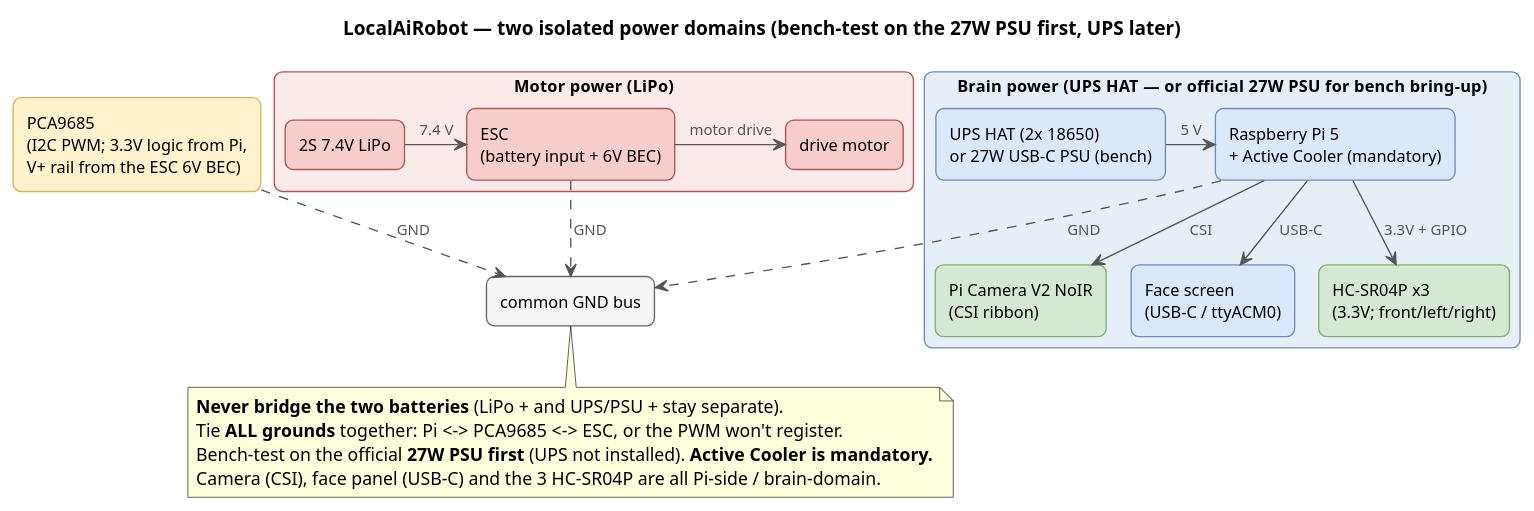
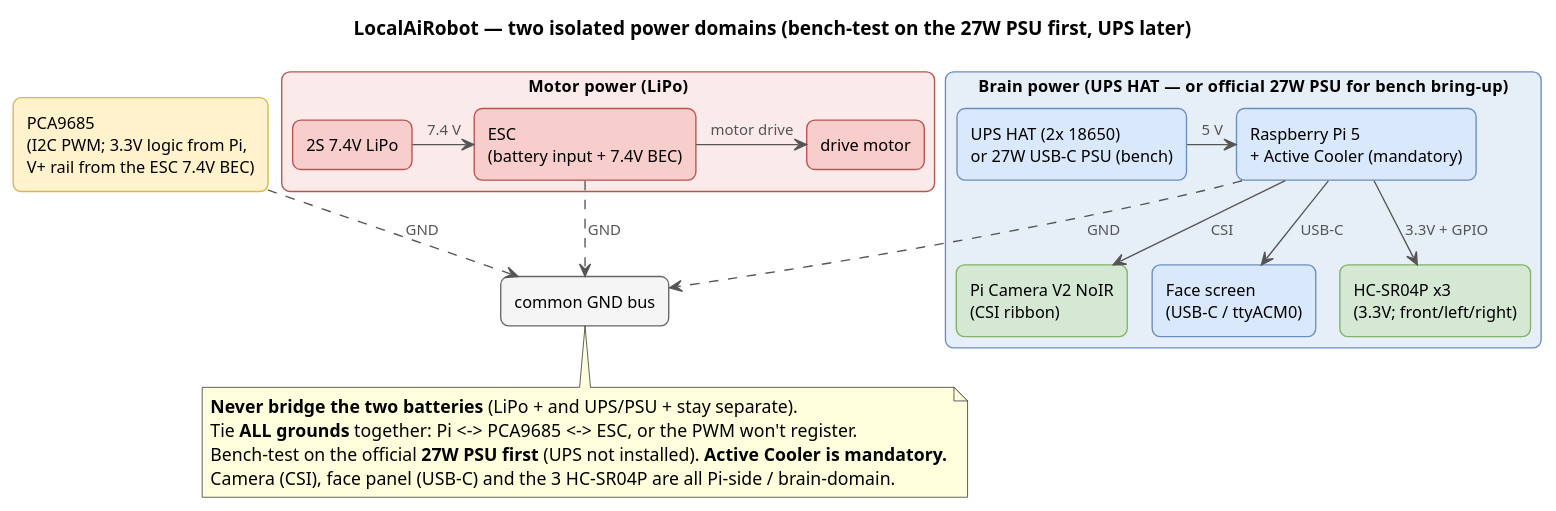
Before and after one commit to shen747/LocalAiRobot: the diagram in docs/images/assembly.puml, drawn with PlantUML. The commit also changed 10 other files, not shown here.

Commit message:
changed the ESC model in documentation

```diff
--- a/docs/images/assembly.puml
+++ b/docs/images/assembly.puml
@@ -1,70 +1,70 @@
 @startuml assembly
 ' LocalAiRobot — two isolated power domains (high-level), now with camera, face & 3-sensor array.
 ' This source lives next to its render. Regenerate in place (writes assembly.png here):
 '   plantuml -tpng docs/images/assembly.puml
 ' No Graphviz needed: !pragma layout smetana uses PlantUML's pure-Java layout engine.
 !pragma layout smetana
 hide stereotype
 title LocalAiRobot — two isolated power domains (bench-test on the 27W PSU first, UPS later)
 
 skinparam backgroundColor white
 skinparam shadowing false
 skinparam defaultFontName Helvetica
 skinparam ArrowColor #555555
 skinparam ArrowFontColor #555555
 skinparam ArrowFontSize 11
 skinparam rectangle {
   RoundCorner 12
   FontSize 12
   BorderThickness 1
   BackgroundColor<<io>> #DAE8FC
   BorderColor<<io>> #6C8EBF
   BackgroundColor<<model>> #FFF2CC
   BorderColor<<model>> #D6B656
   BackgroundColor<<data>> #D5E8D4
   BorderColor<<data>> #82B366
   BackgroundColor<<motor>> #F8CECC
   BorderColor<<motor>> #B85450
   BackgroundColor<<store>> #F5F5F5
   BorderColor<<store>> #666666
   BackgroundColor<<motordomain>> #FBEAEA
   BorderColor<<motordomain>> #B85450
   BackgroundColor<<braindomain>> #E6EEF8
   BorderColor<<braindomain>> #6C8EBF
 }
 
 rectangle "Motor power  (LiPo)" as motorbox <<motordomain>> {
   rectangle "2S 7.4V LiPo" as lipo <<motor>>
-  rectangle "ESC\n(battery input + 6V BEC)" as esc <<motor>>
+  rectangle "ESC\n(battery input + 7.4V BEC)" as esc <<motor>>
   rectangle "drive motor" as motor <<motor>>
 }
 lipo -right-> esc : 7.4 V
 esc -right-> motor : motor drive
 
 rectangle "Brain power  (UPS HAT  —  or official 27W PSU for bench bring-up)" as brainbox <<braindomain>> {
   rectangle "UPS HAT (2x 18650)\nor 27W USB-C PSU (bench)" as ups <<io>>
   rectangle "Raspberry Pi 5\n+ Active Cooler (mandatory)" as pi <<io>>
   rectangle "Pi Camera V2 NoIR\n(CSI ribbon)" as cam <<data>>
   rectangle "Face screen\n(USB-C / ttyACM0)" as face <<io>>
   rectangle "HC-SR04P x3\n(3.3V; front/left/right)" as sonar <<data>>
 }
 ups -right-> pi : 5 V
 pi --> cam : CSI
 pi --> face : USB-C
 pi --> sonar : 3.3V + GPIO
 
-rectangle "PCA9685\n(I2C PWM; 3.3V logic from Pi,\nV+ rail from the ESC 6V BEC)" as pca <<model>>
+rectangle "PCA9685\n(I2C PWM; 3.3V logic from Pi,\nV+ rail from the ESC 7.4V BEC)" as pca <<model>>
 
 rectangle "common GND bus" as gnd <<store>>
 
 esc ..> gnd : GND
 pi ..> gnd : GND
 pca ..> gnd : GND
 
 note bottom of gnd
   **Never bridge the two batteries** (LiPo + and UPS/PSU + stay separate).
   Tie **ALL grounds** together: Pi <-> PCA9685 <-> ESC, or the PWM won't register.
   Bench-test on the official **27W PSU first** (UPS not installed). **Active Cooler is mandatory.**
   Camera (CSI), face panel (USB-C) and the 3 HC-SR04P are all Pi-side / brain-domain.
 end note
 @enduml
```
